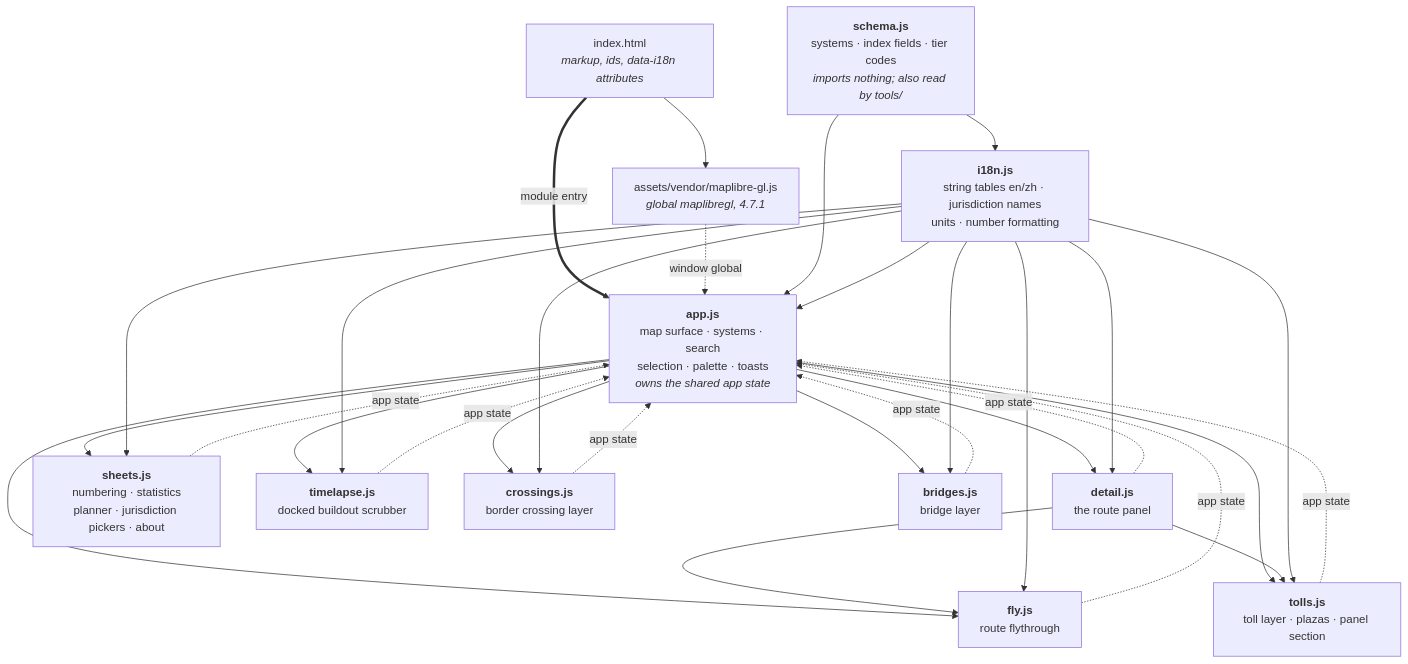
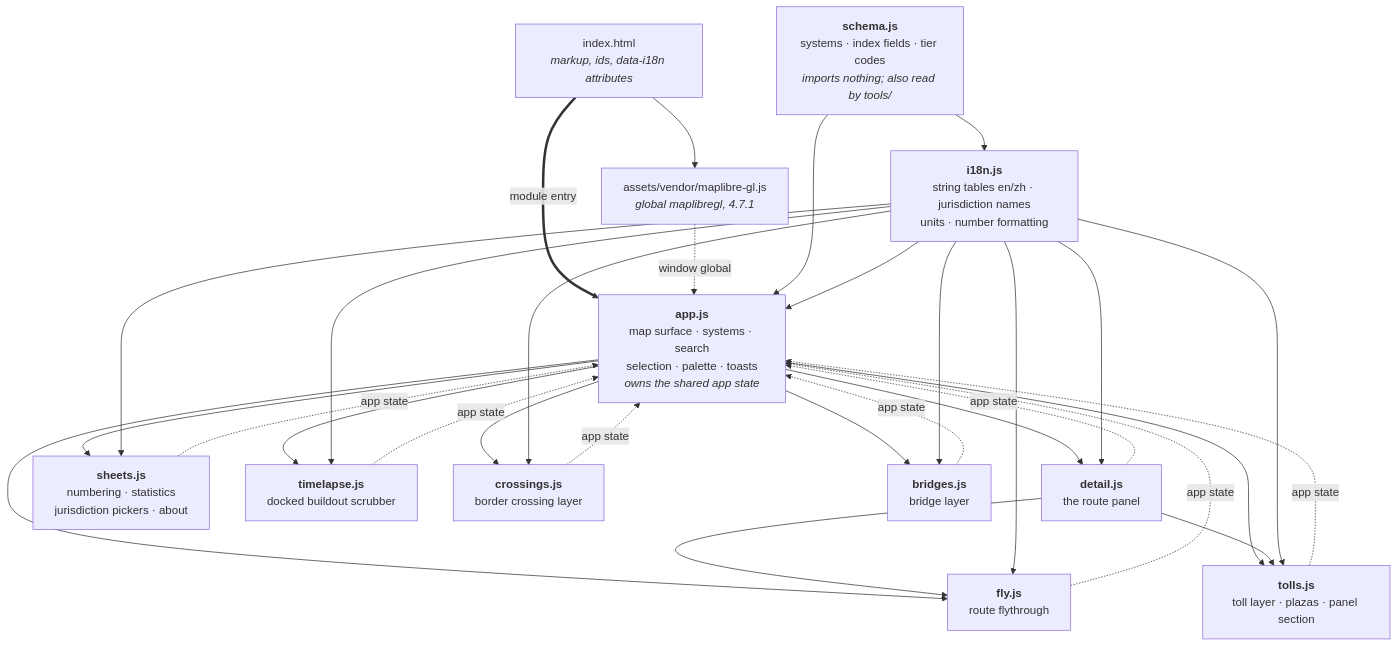
One commit to AndyUneducated/interstate-atlas changed the fourth of 5 diagrams in docs/ARCHITECTURE.md. Above: the diagram before and after it, drawn with Mermaid. The commit also changed other lines of this file and 8 other files, not shown here.

````diff
--- a/docs/ARCHITECTURE.md
+++ b/docs/ARCHITECTURE.md
@@ -466,48 +466,48 @@
 ```mermaid
 flowchart TD
   HTML["index.html<br/><i>markup, ids, data-i18n attributes</i>"]
   MLGL["assets/vendor/maplibre-gl.js<br/><i>global maplibregl, 4.7.1</i>"]
   APP["<b>app.js</b><br/>map surface · systems · search<br/>selection · palette · toasts<br/><i>owns the shared app state</i>"]
   SCH["<b>schema.js</b><br/>systems · index fields · tier codes<br/><i>imports nothing; also read by tools/</i>"]
   I18N["<b>i18n.js</b><br/>string tables en/zh · jurisdiction names<br/>units · number formatting"]
   DET["<b>detail.js</b><br/>the route panel"]
-  SH["<b>sheets.js</b><br/>numbering · statistics<br/>planner · jurisdiction pickers · about"]
+  SH["<b>sheets.js</b><br/>numbering · statistics<br/>jurisdiction pickers · about"]
   TL["<b>timelapse.js</b><br/>docked buildout scrubber"]
   FLY["<b>fly.js</b><br/>route flythrough"]
   XG["<b>crossings.js</b><br/>border crossing layer"]
   TO["<b>tolls.js</b><br/>toll layer · plazas · panel section"]
   BR["<b>bridges.js</b><br/>bridge layer"]
 
   HTML --> MLGL
   HTML ==>|"module entry"| APP
   MLGL -.->|"window global"| APP
 
   APP --> DET
   APP --> SH
   APP --> TL
   APP --> FLY
   APP --> XG
   APP --> TO
   APP --> BR
   DET --> FLY
   DET --> TO
 
   DET -.->|"app state"| APP
   SH -.->|"app state"| APP
   TL -.->|"app state"| APP
   FLY -.->|"app state"| APP
   XG -.->|"app state"| APP
   TO -.->|"app state"| APP
   BR -.->|"app state"| APP
 
   SCH --> I18N
   SCH --> APP
   I18N --> APP
   I18N --> DET
   I18N --> SH
   I18N --> TL
   I18N --> FLY
   I18N --> XG
   I18N --> TO
   I18N --> BR
 ```
````
